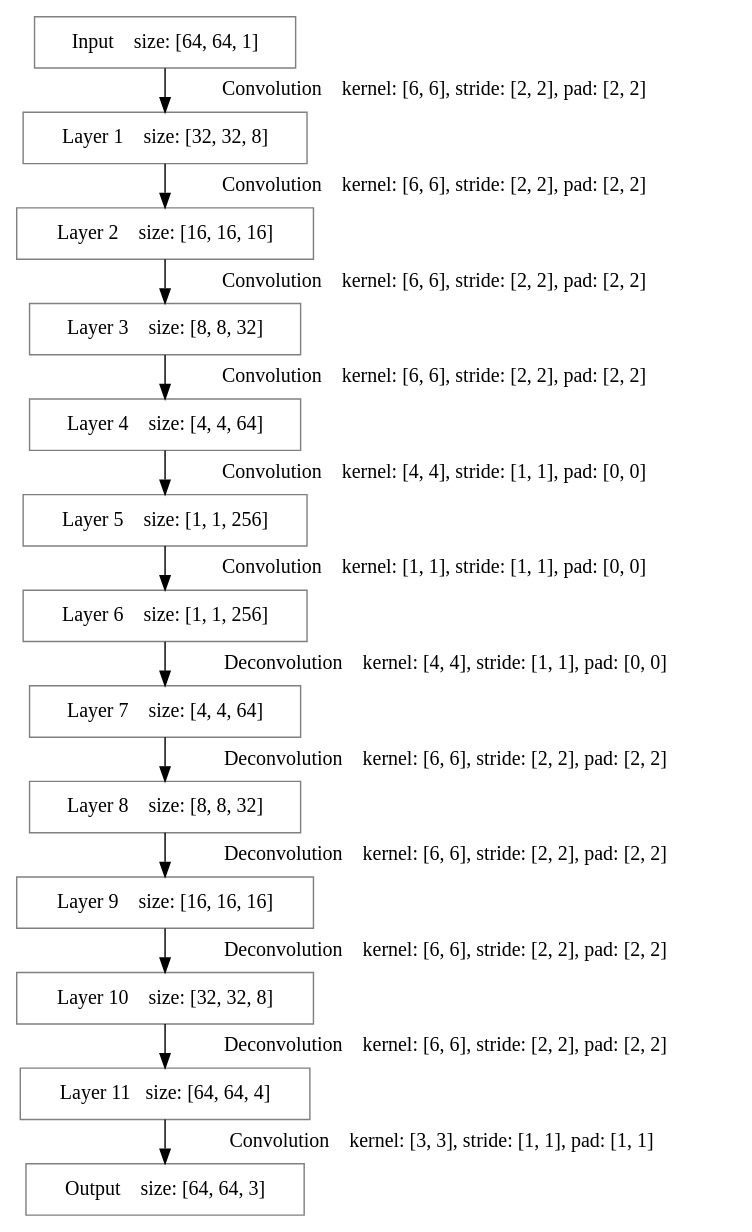
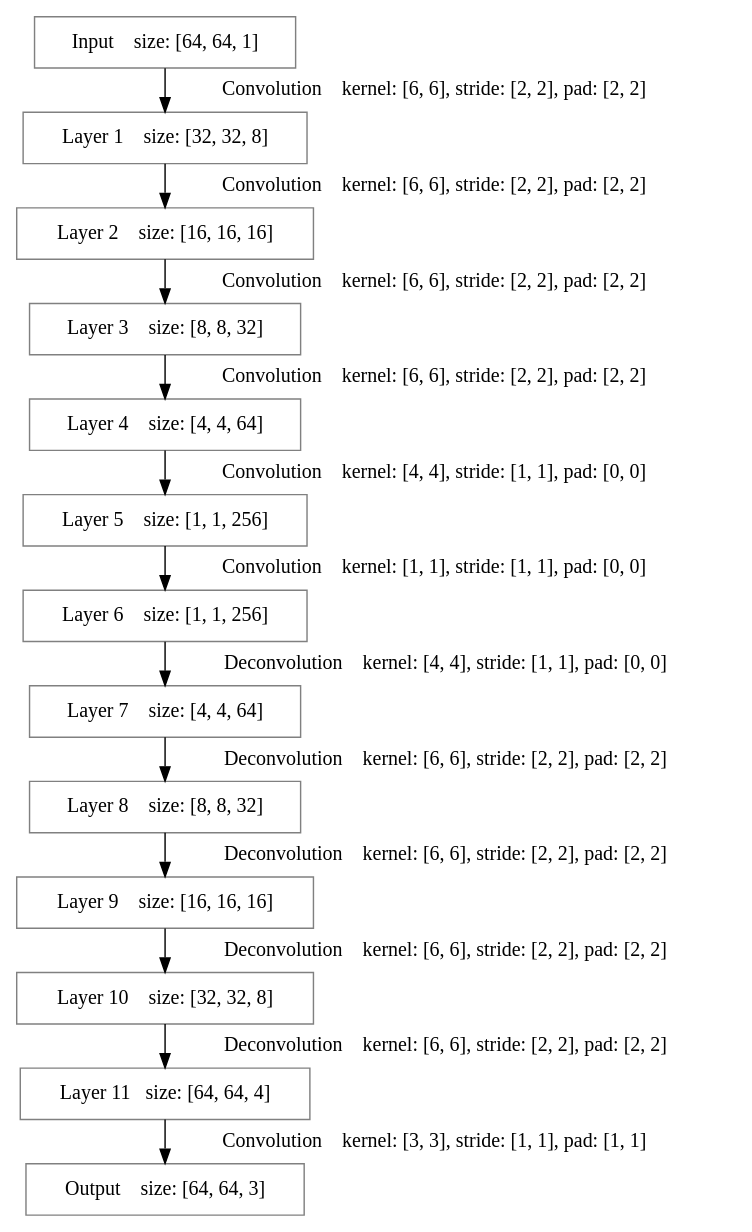
One commit to luciany/niy changed the diagram in examples/colorizing_photos/files/model-conv-deconv.gv. Above: the diagram before and after it, drawn with Graphviz. The commit also changed 1 other file, not shown here.

```diff
--- a/examples/colorizing_photos/files/model-conv-deconv.gv
+++ b/examples/colorizing_photos/files/model-conv-deconv.gv
@@ -1,54 +1,54 @@
 digraph nn{
 
 edge[
 	_color = pink
 	nodesep = 0.005
 	ranksep = 0.005
 	weight = 0.005
 	height = 0.005
 ]
 node[
 	shape = rectangle 
 	color = gray 
 	_style = filled
 	_width = 0.1
 	_height = 0.1
 	label = ""
 	nodesep = 0.005
 	ranksep = 0.005
 ]
 graph[
 	nodesep = 0.005
 	ranksep = 0.005
 	_rankdir = LR
 ]
 
 
 Input [label="Input    size: [64, 64, 1]", pos="1,13!"]
 Layer1 [label="Layer 1    size: [32, 32, 8]", pos="1,12!"]
 Layer2 [label="Layer 2    size: [16, 16, 16]", pos="1,11!"]
 Layer3 [label="Layer 3    size: [8, 8, 32]", pos="1,10!"]
 Layer4 [label="Layer 4    size: [4, 4, 64]", pos="1,9!"]
 Layer5 [label="Layer 5    size: [1, 1, 256]", pos="1,8!"]
 Layer6 [label="Layer 6    size: [1, 1, 256]", pos="1,7!"]
 Layer7 [label="Layer 7    size: [4, 4, 64]", pos="1,6!"]
 Layer8 [label="Layer 8    size: [8, 8, 32]", pos="1,5!"]
 Layer9 [label="Layer 9    size: [16, 16, 16]", pos="1,4!"]
 Layer10 [label="Layer 10    size: [32, 32, 8]", pos="1,3!"]
 Layer11 [label="Layer 11   size: [64, 64, 4]", pos="1,2!"]
 Output [label="Output    size: [64, 64, 3]", pos="1,1!"]
 
 Input->Layer1 [label="Convolution    kernel: [6, 6], stride: [2, 2], pad: [2, 2]  "]
 Layer1->Layer2 [label="Convolution    kernel: [6, 6], stride: [2, 2], pad: [2, 2]  "]
 Layer2->Layer3 [label="Convolution    kernel: [6, 6], stride: [2, 2], pad: [2, 2]  "]
 Layer3->Layer4 [label="Convolution    kernel: [6, 6], stride: [2, 2], pad: [2, 2]  "]
 Layer4->Layer5 [label="Convolution    kernel: [4, 4], stride: [1, 1], pad: [0, 0]  "]
 Layer5->Layer6 [label="Convolution    kernel: [1, 1], stride: [1, 1], pad: [0, 0]  "]
 Layer6->Layer7 [label="Deconvolution    kernel: [4, 4], stride: [1, 1], pad: [0, 0]  "]
 Layer7->Layer8 [label="Deconvolution    kernel: [6, 6], stride: [2, 2], pad: [2, 2]  "]
 Layer8->Layer9 [label="Deconvolution    kernel: [6, 6], stride: [2, 2], pad: [2, 2]  "]
 Layer9->Layer10 [label="Deconvolution    kernel: [6, 6], stride: [2, 2], pad: [2, 2]  "]
 Layer10->Layer11 [label="Deconvolution    kernel: [6, 6], stride: [2, 2], pad: [2, 2]  "]
-Layer11->Output [label="  Convolution    kernel: [3, 3], stride: [1, 1], pad: [1, 1]"]
+Layer11->Output [label="Convolution    kernel: [3, 3], stride: [1, 1], pad: [1, 1]   "]
 
 }
```
